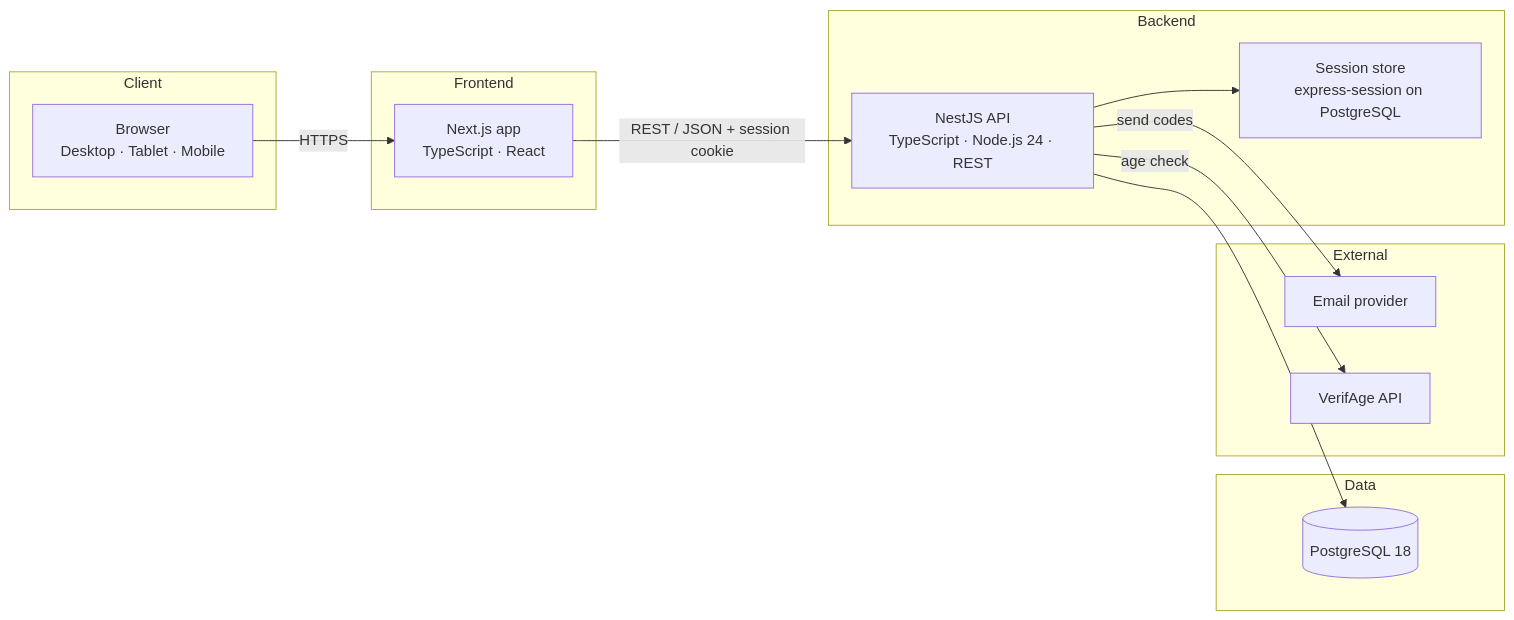
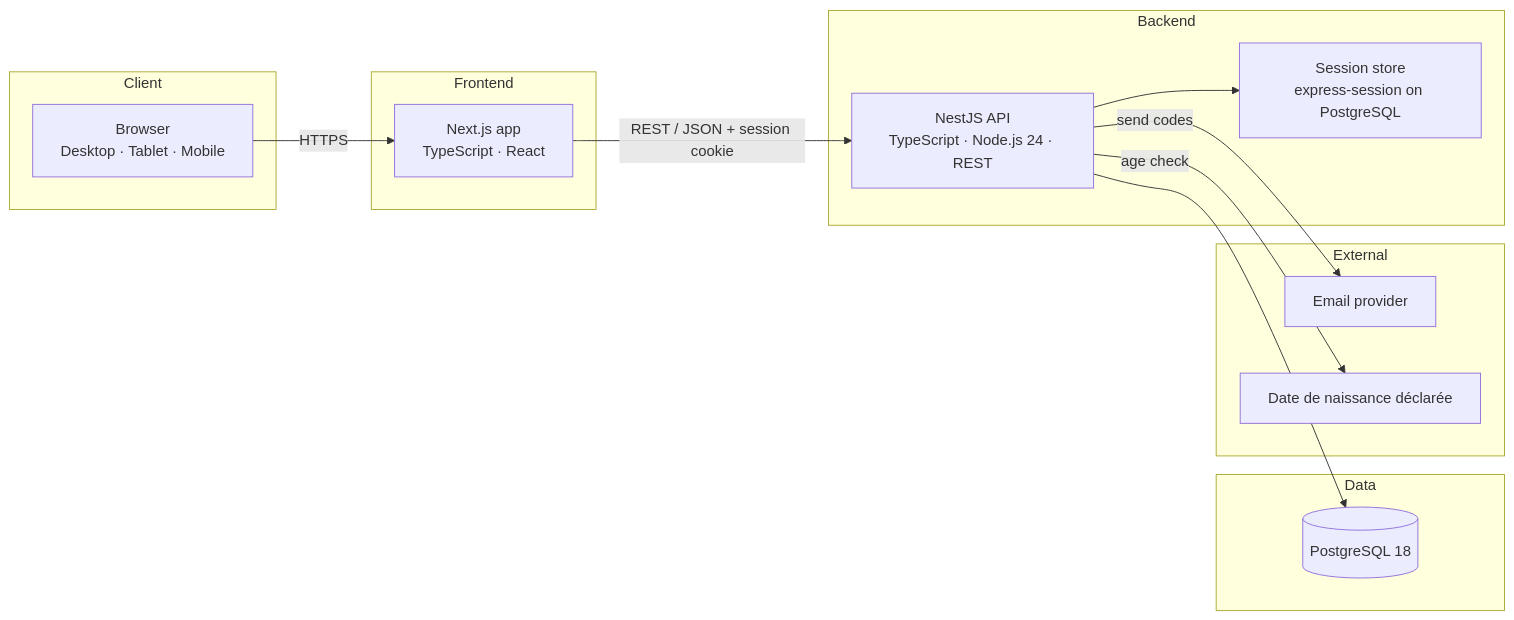
The diagram in docs/y-product-and-web-documentation.md (CorentinLaborie/y-the-new-twitter), drawn with Mermaid before and after one commit. The commit also changed other lines of this file and 10 other files, not shown here.

Commit message:
docs: replace VerifAge with the declared birth date and document backups and domains

````diff
--- a/docs/y-product-and-web-documentation.md
+++ b/docs/y-product-and-web-documentation.md
@@ -250,27 +250,27 @@
 ```mermaid
 flowchart LR
     subgraph Client
         B[Browser<br/>Desktop · Tablet · Mobile]
     end
     subgraph Frontend
         N[Next.js app<br/>TypeScript · React]
     end
     subgraph Backend
         A[NestJS API<br/>TypeScript · Node.js 24 · REST]
         S[Session store<br/>express-session on PostgreSQL]
     end
     subgraph Data
         D[(PostgreSQL 18)]
     end
     subgraph External
         M[Email provider]
-        V[VerifAge API]
+        V[Date de naissance déclarée]
     end
 
     B -->|HTTPS| N
     N -->|REST / JSON + session cookie| A
     A --> S
     A --> D
     A -->|send codes| M
     A -->|age check| V
 ```
````
